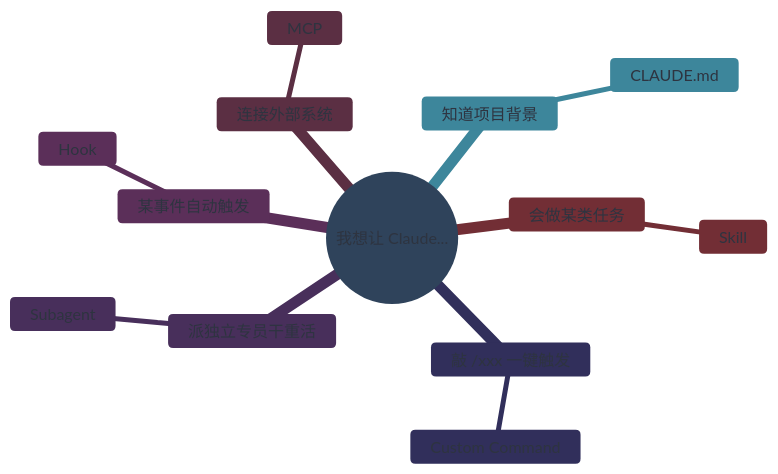
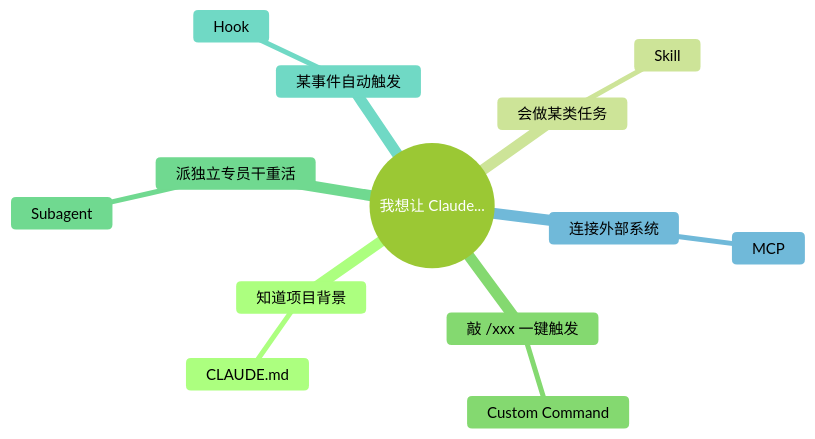
One commit to mali9527/claude-code-full-guide-for-beginners changed the third of 3 diagrams in archive/experiments/mindmap-palette-compare.md. Above: the diagram before and after it, drawn with Mermaid. The commit also changed other lines of this file, not shown here.

First line of the commit message:
experiment: 改做 MindNode 风 mindmap 三组尝试

````diff
--- a/archive/experiments/mindmap-palette-compare.md
+++ b/archive/experiments/mindmap-palette-compare.md
@@ -179,28 +82,23 @@
 ```mermaid
 ---
 config:
-  theme: base
+  theme: forest
   themeVariables:
-    primaryColor: "#5E81AC"
-    primaryBorderColor: "#2E3440"
-    primaryTextColor: "#2E3440"
-    lineColor: "#4C566A"
-    secondaryColor: "#88C0D0"
-    tertiaryColor: "#BF616A"
-    fontFamily: "'PingFang SC','Helvetica Neue','Hiragino Sans GB',sans-serif"
+    fontFamily: "-apple-system, 'SF Pro Text', 'PingFang SC', 'Helvetica Neue', sans-serif"
+    fontSize: "15px"
 ---
 mindmap
   root((我想让 Claude...))
     知道项目背景
       CLAUDE.md
     会做某类任务
       Skill
     敲 /xxx 一键触发
       Custom Command
     派独立专员干重活
       Subagent
     某事件自动触发
       Hook
     连接外部系统
       MCP
 ```
````
